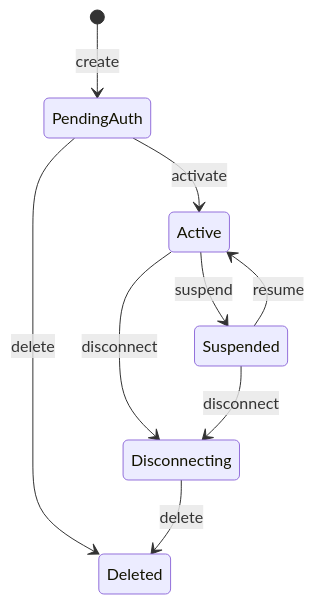
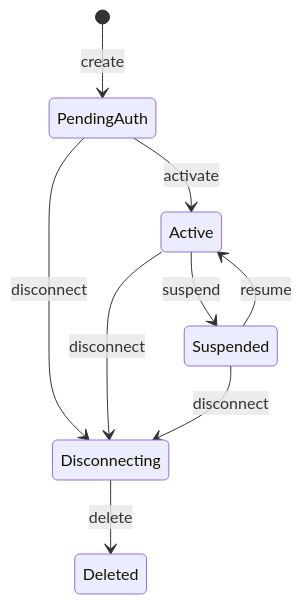
The diagram in docs/24-connectors-and-connections.md (hwuiwon/moa), drawn with Mermaid before and after one commit. The commit also changed other lines of this file and 438 other files, not shown here.

Commit message:
simplify MOA architecture and consolidate subsystem ownership (#241)

````diff
--- a/docs/24-connectors-and-connections.md
+++ b/docs/24-connectors-and-connections.md
@@ -77,11 +80,11 @@
 ```mermaid
 stateDiagram-v2
     [*] --> PendingAuth: create
     PendingAuth --> Active: activate
-    PendingAuth --> Deleted: delete
+    PendingAuth --> Disconnecting: disconnect
     Active --> Suspended: suspend
     Suspended --> Active: resume
     Active --> Disconnecting: disconnect
     Suspended --> Disconnecting: disconnect
     Disconnecting --> Deleted: delete
 ```
````
